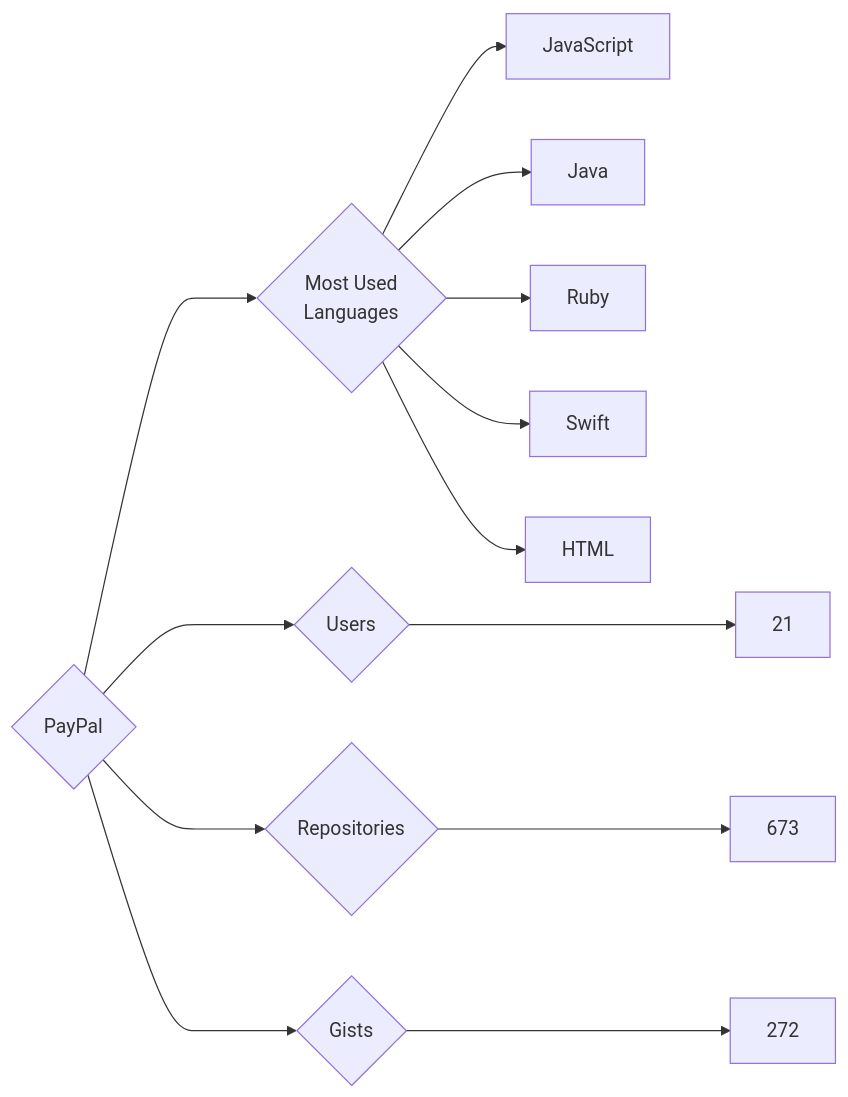
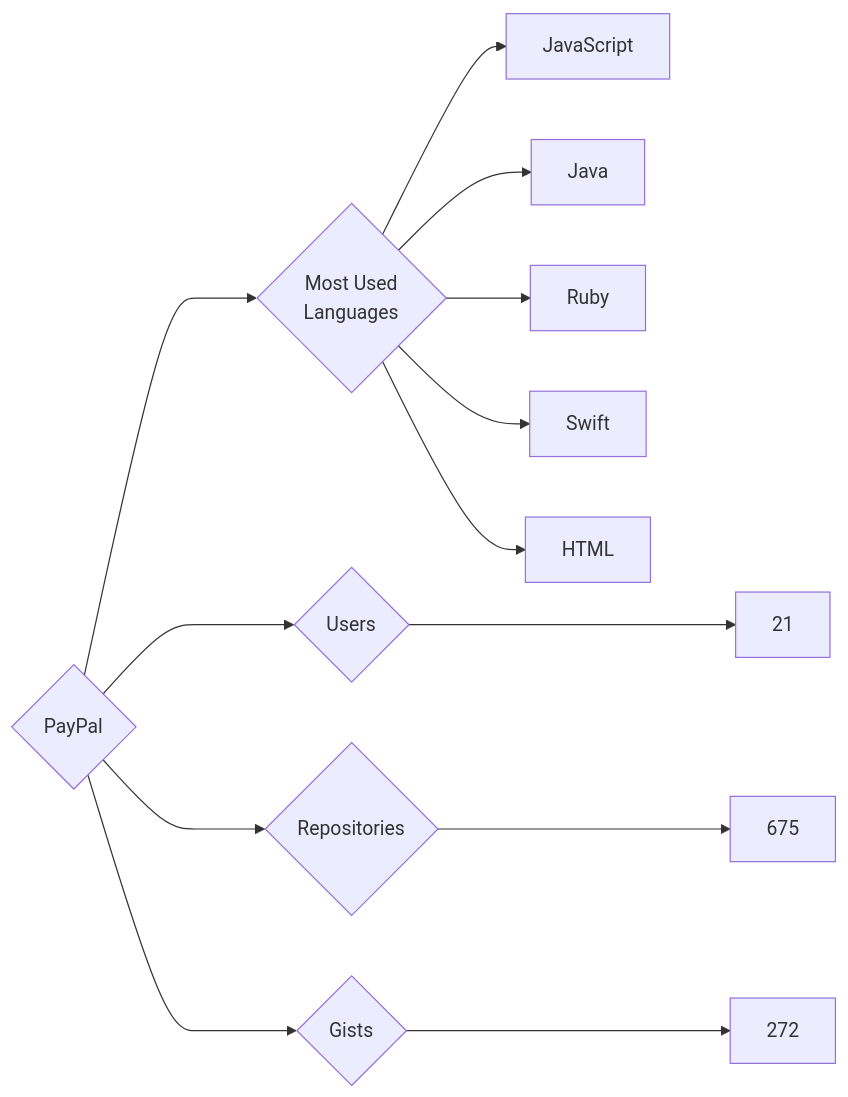
Before and after one commit to trickest/insiders: the diagram in targets/PayPal/README.md, drawn with Mermaid. The commit also changed 815 other files, not shown here.

````diff
--- a/targets/PayPal/README.md
+++ b/targets/PayPal/README.md
@@ -3,13 +3,13 @@
 ```mermaid
 graph LR
 COMPANY_NAME{PayPal}
 COMPANY_NAME ---> U{Users} ---> UN[21]
-COMPANY_NAME ---> R{Repositories} ---> RN[673]
+COMPANY_NAME ---> R{Repositories} ---> RN[675]
 COMPANY_NAME ---> G{Gists} ---> GN[272]
 COMPANY_NAME ---> ML{Most Used<br>Languages}
 ML --> JavaScript[JavaScript]
 ML --> Java[Java]
 ML --> Ruby[Ruby]
 ML --> Swift[Swift]
 ML --> HTML[HTML]
 ```
````
